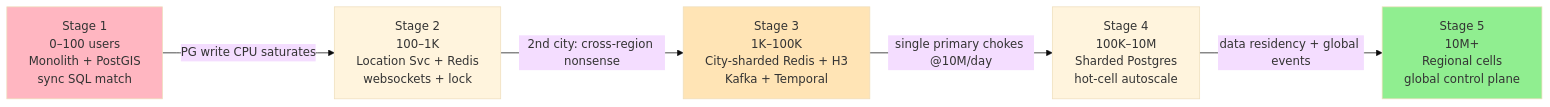
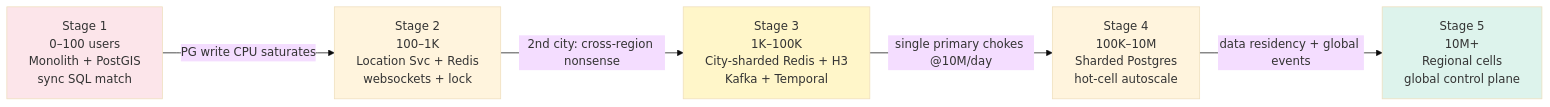
One commit to cartmancodes/InterviewVault changed the fourth of 4 diagrams in LLD/questions/Design Uber.md. Above: the diagram before and after it, drawn with Mermaid (base theme). The commit also changed other lines of this file and 679 other files, not shown here.

Commit message:
Unify content diagrams and add accessible visual walkthroughs

````diff
--- a/LLD/questions/Design Uber.md
+++ b/LLD/questions/Design Uber.md
@@ -302,17 +302,17 @@
 ```mermaid
 graph LR
     S1["Stage 1<br/>0–100 users<br/>Monolith + PostGIS<br/>sync SQL match"]
     S2["Stage 2<br/>100–1K<br/>Location Svc + Redis<br/>websockets + lock"]
     S3["Stage 3<br/>1K–100K<br/>City-sharded Redis + H3<br/>Kafka + Temporal"]
     S4["Stage 4<br/>100K–10M<br/>Sharded Postgres<br/>hot-cell autoscale"]
     S5["Stage 5<br/>10M+<br/>Regional cells<br/>global control plane"]
 
     S1 -->|"PG write CPU saturates"| S2
     S2 -->|"2nd city: cross-region nonsense"| S3
     S3 -->|"single primary chokes @10M/day"| S4
     S4 -->|"data residency + global events"| S5
 
-    style S1 fill:#FFB6C1
-    style S3 fill:#FFE4B5
-    style S5 fill:#90EE90
+    style S1 fill:#FCE5EA
+    style S3 fill:#FFF6C9
+    style S5 fill:#DDF3EC
 ```
````
